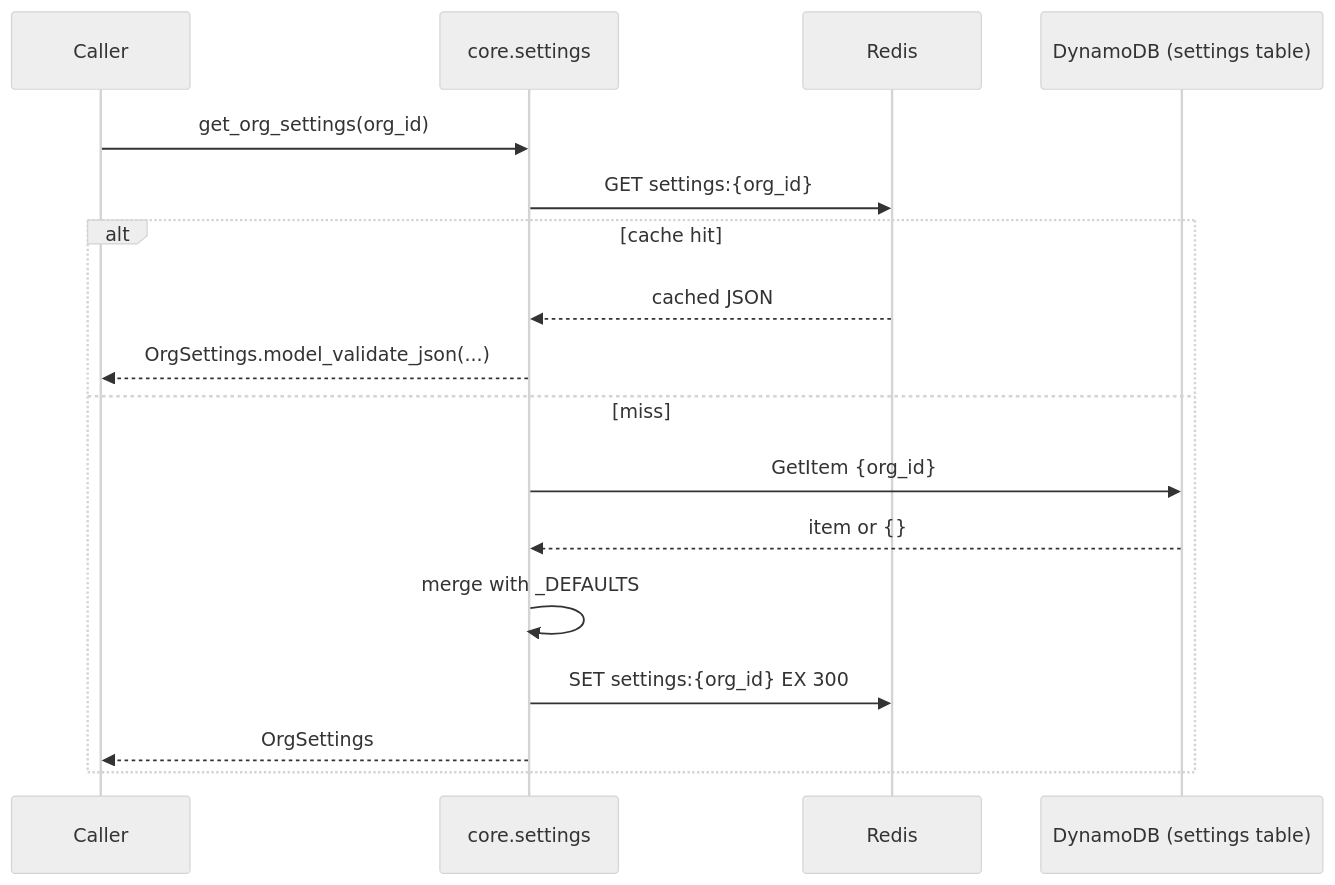
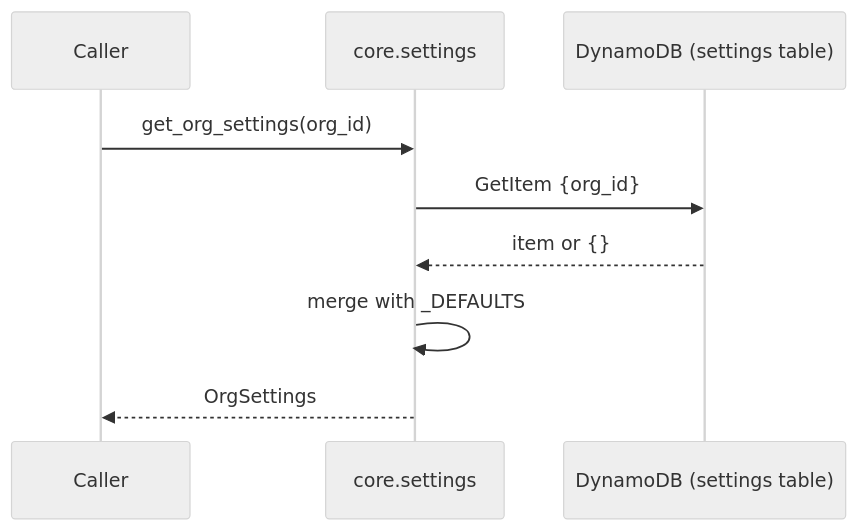
One commit to RafaelOjeda/A2Z-Core changed the diagram in docs/core/settings.md. Above: the diagram before and after it, drawn with Mermaid (neutral theme). The commit also changed other lines of this file and 32 other files, not shown here.

````diff
--- a/docs/core/settings.md
+++ b/docs/core/settings.md
@@ -14,20 +14,12 @@
 ```mermaid
 sequenceDiagram
     participant Caller
     participant Settings as core.settings
-    participant Redis
     participant DDB as DynamoDB (settings table)
 
     Caller->>Settings: get_org_settings(org_id)
-    Settings->>Redis: GET settings:{org_id}
-    alt cache hit
-        Redis-->>Settings: cached JSON
-        Settings-->>Caller: OrgSettings.model_validate_json(...)
-    else miss
-        Settings->>DDB: GetItem {org_id}
-        DDB-->>Settings: item or {}
-        Settings->>Settings: merge with _DEFAULTS
-        Settings->>Redis: SET settings:{org_id} EX 300
-        Settings-->>Caller: OrgSettings
-    end
+    Settings->>DDB: GetItem {org_id}
+    DDB-->>Settings: item or {}
+    Settings->>Settings: merge with _DEFAULTS
+    Settings-->>Caller: OrgSettings
 ```
````
